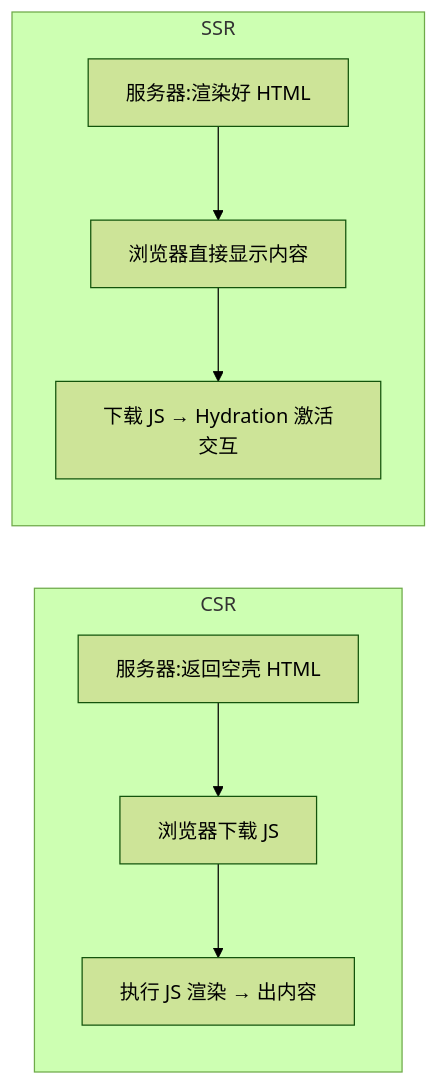
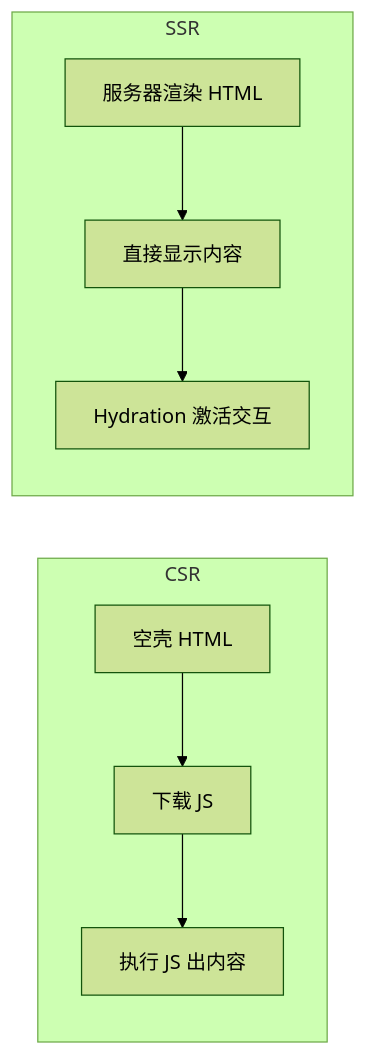
Before and after one commit to inspire-man/frontend-knowledge-base: the diagram in frontend-knowledge-base/卷六-框架核心Vue3/6.6-服务端渲染与Nuxt.md, drawn with Mermaid (forest theme). The commit also changed other lines of this file and 6 other files, not shown here.

````diff
--- a/frontend-knowledge-base/卷六-框架核心Vue3/6.6-服务端渲染与Nuxt.md
+++ b/frontend-knowledge-base/卷六-框架核心Vue3/6.6-服务端渲染与Nuxt.md
@@ -16,11 +16,9 @@
 ```mermaid
 flowchart LR
     subgraph CSR
-    A1[服务器:返回空壳 HTML] --> B1[浏览器下载 JS]
-    B1 --> C1[执行 JS 渲染 → 出内容]
+    A1[空壳 HTML] --> B1[下载 JS] --> C1[执行 JS 出内容]
     end
     subgraph SSR
-    A2[服务器:渲染好 HTML] --> B2[浏览器直接显示内容]
-    B2 --> C2[下载 JS → Hydration 激活交互]
+    A2[服务器渲染 HTML] --> B2[直接显示内容] --> C2[Hydration 激活交互]
     end
 ```
````
